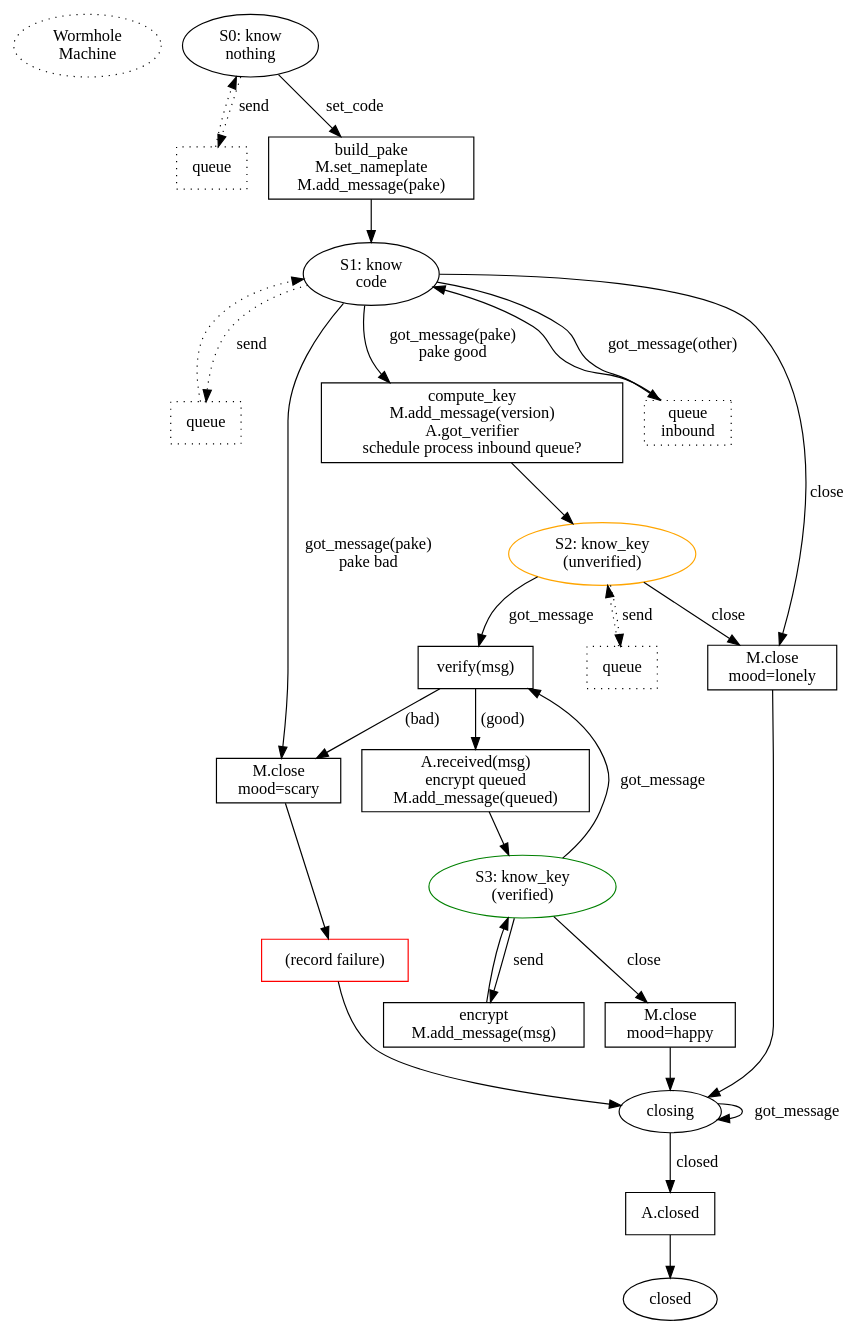
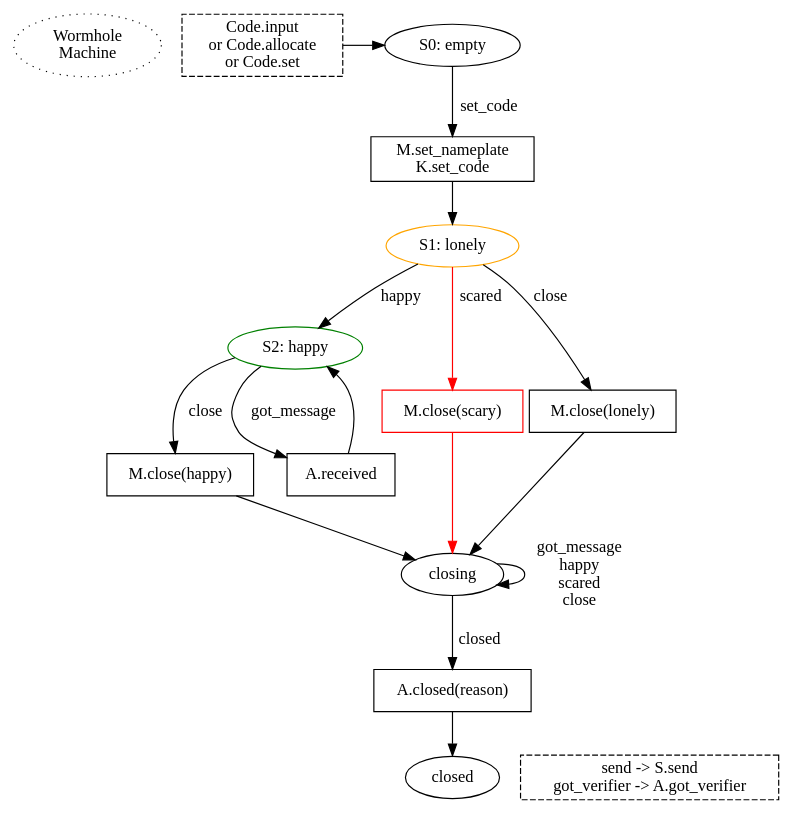
One commit to magic-wormhole/magic-wormhole changed the diagram in docs/wormhole.dot. Above: the diagram before and after it, drawn with Graphviz. The commit also changed 7 other files, not shown here.

```diff
--- a/docs/wormhole.dot
+++ b/docs/wormhole.dot
@@ -1,89 +1,57 @@
 digraph {
 
         /* could shave a RTT by committing to the nameplate early, before
         finishing the rest of the code input. While the user is still
         typing/completing the code, we claim the nameplate, open the mailbox,
         and retrieve the peer's PAKE message. Then as soon as the user
         finishes entering the code, we build our own PAKE message, send PAKE,
         compute the key, send VERSION. Starting from the Return, this saves
         two round trips. OTOH it adds consequences to hitting Tab. */
 
         start [label="Wormhole\nMachine" style="dotted"]
 
-        S0 [label="S0: know\nnothing"]
-        S0 -> P0_queue [label="send" style="dotted"]
-        P0_queue [shape="box" style="dotted" label="queue"]
-        P0_queue -> S0 [style="dotted"]
+        {rank=same; P0_code S0}
+        P0_code [shape="box" style="dashed"
+                 label="Code.input\n or Code.allocate\n or Code.set"]
+        P0_code -> S0
+        S0 [label="S0: empty"]
         S0 -> P0_build [label="set_code"]
 
-        P0_build [shape="box" label="build_pake\nM.set_nameplate\nM.add_message(pake)"]
+        P0_build [shape="box" label="M.set_nameplate\nK.set_code"]
         P0_build -> S1
-        S1 [label="S1: know\ncode"]
-        S1 -> P1_queue [label="send" style="dotted"]
-        P1_queue [shape="box" style="dotted" label="queue"]
-        P1_queue -> S1 [style="dotted"]
+        S1 [label="S1: lonely" color="orange"]
 
-        /* the Mailbox will deliver each message exactly once, but doesn't
-        guarantee ordering: if Alice starts the process, then disconnects,
-        then Bob starts (reading PAKE, sending both his PAKE and his VERSION
-        phase), then Alice will see both PAKE and VERSION on her next
-        connect, and might get the VERSION first.
+        S1 -> S2 [label="happy"]
 
-        The Wormhole will queue inbound messages that it isn't ready for. The
-        wormhole shim that lets applications do w.get(phase=) must do
-        something similar, queueing inbound messages until it sees one for
-        the phase it currently cares about.*/
+        S1 -> P_close_scary [label="scared" color="red"]
+        S1 -> P_close_lonely [label="close"]
+        P_close_lonely [shape="box" label="M.close(lonely)"]
+        P_close_lonely -> S_closing
 
-        S1 -> P_mood_scary [label="got_message(pake)\npake bad"]
-        S1 -> P1_compute [label="got_message(pake)\npake good"]
-        S1 -> P1_queue_inbound [label="got_message(other)"]
-        P1_queue_inbound [shape="box" style="dotted" label="queue\ninbound"]
-        P1_queue_inbound -> S1
-        S1 -> P_mood_lonely [label="close"]
+        P_close_scary [shape="box" label="M.close(scary)" color="red"]
+        P_close_scary -> S_closing [color="red"]
 
-        P1_compute [label="compute_key\nM.add_message(version)\nA.got_verifier\nschedule process inbound queue?" shape="box"]
-        P1_compute -> S2
+        S2 [label="S2: happy" color="green"]
+        S2 -> P2_close [label="close"]
+        P2_close [shape="box" label="M.close(happy)"]
+        P2_close -> S_closing
 
-        P_mood_scary [shape="box" label="M.close\nmood=scary"]
-        P_mood_scary -> P_notify_failure
-
-        P_notify_failure [shape="box" label="(record failure)" color="red"]
-        P_notify_failure -> S_closing
-
-        S2 [label="S2: know_key\n(unverified)" color="orange"]
-        S2 -> P_queue3 [label="send" style="dotted"]
-        P_queue3 [shape="box" style="dotted" label="queue"]
-        P_queue3 -> S2 [style="dotted"]
-        S2 -> P_verify [label="got_message"] /* version or phase */
-        S2 -> P_mood_lonely [label="close"] /* more like impatient */
-
-        P_verify [label="verify(msg)" shape="box"]
-        P_verify -> P_accept_msg [label="(good)"]
-        P_verify -> P_mood_scary [label="(bad)"]
-
-        P_accept_msg [label="A.received(msg)\nencrypt queued\nM.add_message(queued)"
-                      shape="box"]
-        P_accept_msg -> S3
-
-        S3 [label="S3: know_key\n(verified)" color="green"]
-        S3 -> P_verify [label="got_message"] /* probably phase */
-        S3 -> P_mood_happy [label="close"]
-        S3 -> P_send [label="send"]
-
-        P_mood_happy [shape="box" label="M.close\nmood=happy"]
-        P_mood_happy -> S_closing
-
-        P_mood_lonely [shape="box" label="M.close\nmood=lonely"]
-        P_mood_lonely -> S_closing
-
-        P_send [shape="box" label="encrypt\nM.add_message(msg)"]
-        P_send -> S3
+        S2 -> P2_got_message [label="got_message"]
+        P2_got_message [shape="box" label="A.received"]
+        P2_got_message -> S2
 
         S_closing [label="closing"]
         S_closing -> P_closed [label="closed"]
-        S_closing -> S_closing [label="got_message"]
+        S_closing -> S_closing [label="got_message\nhappy\nscared\nclose"]
 
-        P_closed [shape="box" label="A.closed"]
+        P_closed [shape="box" label="A.closed(reason)"]
         P_closed -> S_closed
         S_closed [label="closed"]
+
+        {rank=same; Other S_closed}
+        Other [shape="box" style="dashed"
+               label="send -> S.send\ngot_verifier -> A.got_verifier"
+               ]
+
+
 }
```
